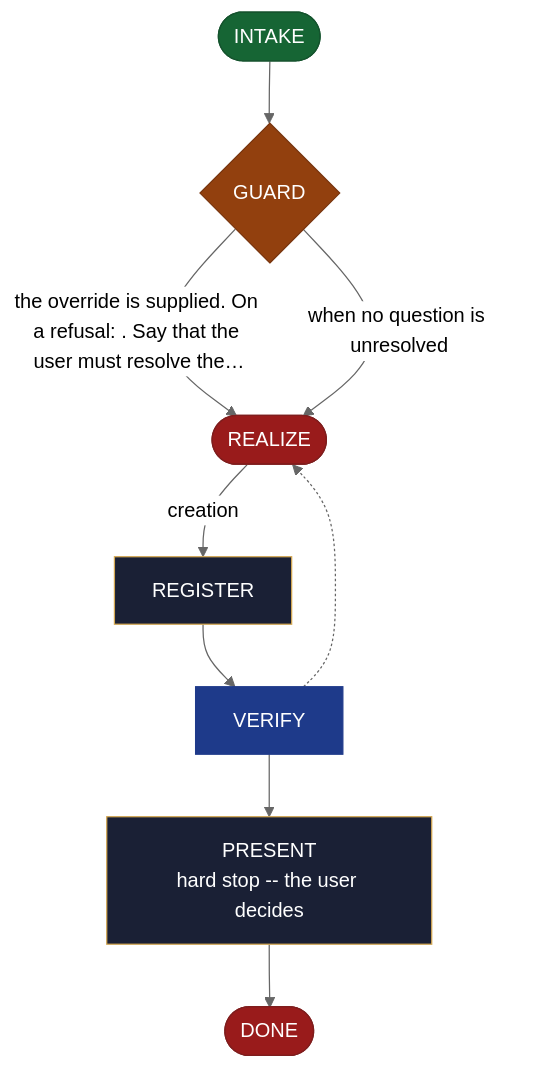
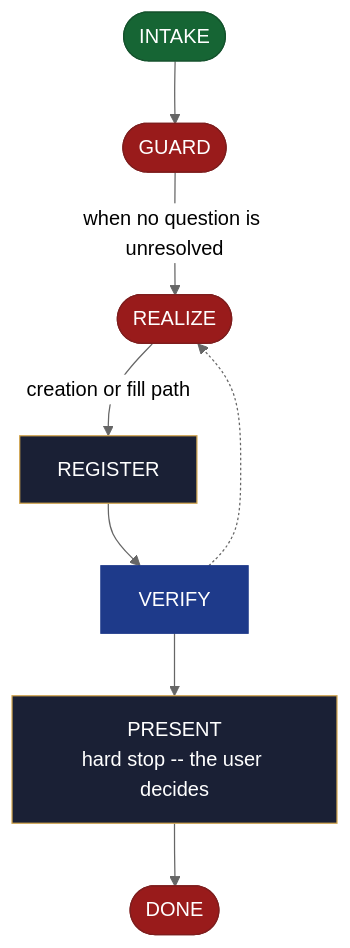
The diagram in site/src/content/docs/skills/aid-create-backlog.md (AndreVianna/aid-methodology), drawn with Mermaid (neutral theme) before and after one commit. The commit also changed other lines of this file and 251 other files, not shown here.

````diff
--- a/site/src/content/docs/skills/aid-create-backlog.md
+++ b/site/src/content/docs/skills/aid-create-backlog.md
@@ -20,38 +20,37 @@
 ```mermaid
 flowchart TB
   classDef aidNode color:#fff
   classDef aidEntry fill:#166534,stroke:#14532d,color:#fff
   classDef aidExit fill:#991b1b,stroke:#7f1d1d,color:#fff
   classDef aidDecision fill:#92400e,stroke:#78350f,color:#fff
   classDef aidLoopBack fill:#1e3a8a,stroke:#1e3a8a,color:#fff
   classDef aidStep fill:#1a2035,stroke:#d4a853,color:#f1f5f9
   n1(["INTAKE"])
-  n2{"GUARD"}
+  n2(["GUARD"])
   n3(["REALIZE"])
   n4["REGISTER"]
   n5["VERIFY"]
   n6["PRESENT<br/>hard stop -- the user decides"]
   n7(["DONE"])
   n1 --> n2
-  n2 -->|"the override is supplied. On a refusal: . Say that the user must resolve the…"| n3
   n2 -->|"when no question is unresolved"| n3
-  n3 -->|"creation"| n4
+  n3 -->|"creation or fill path"| n4
   n4 --> n5
   n5 -.-> n3
   n5 --> n6
   n6 --> n7
   class n1 aidEntry
-  class n2 aidDecision
+  class n2 aidExit
   class n3 aidExit
   class n4 aidStep
   class n5 aidLoopBack
   class n6 aidStep
   class n7 aidExit
   class n1 aidNode
   class n2 aidNode
   class n3 aidNode
   class n4 aidNode
   class n5 aidNode
   class n6 aidNode
   class n7 aidNode
 ```
````
